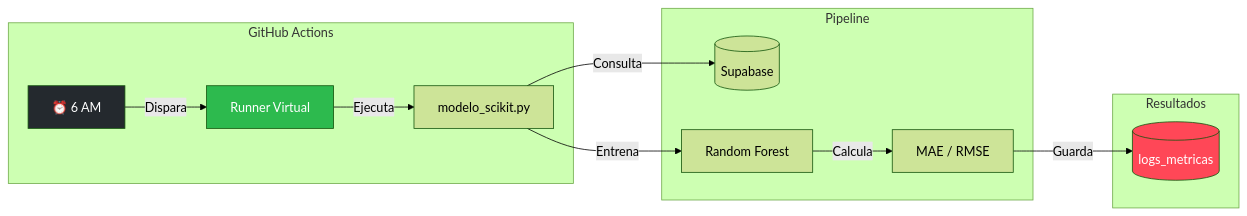
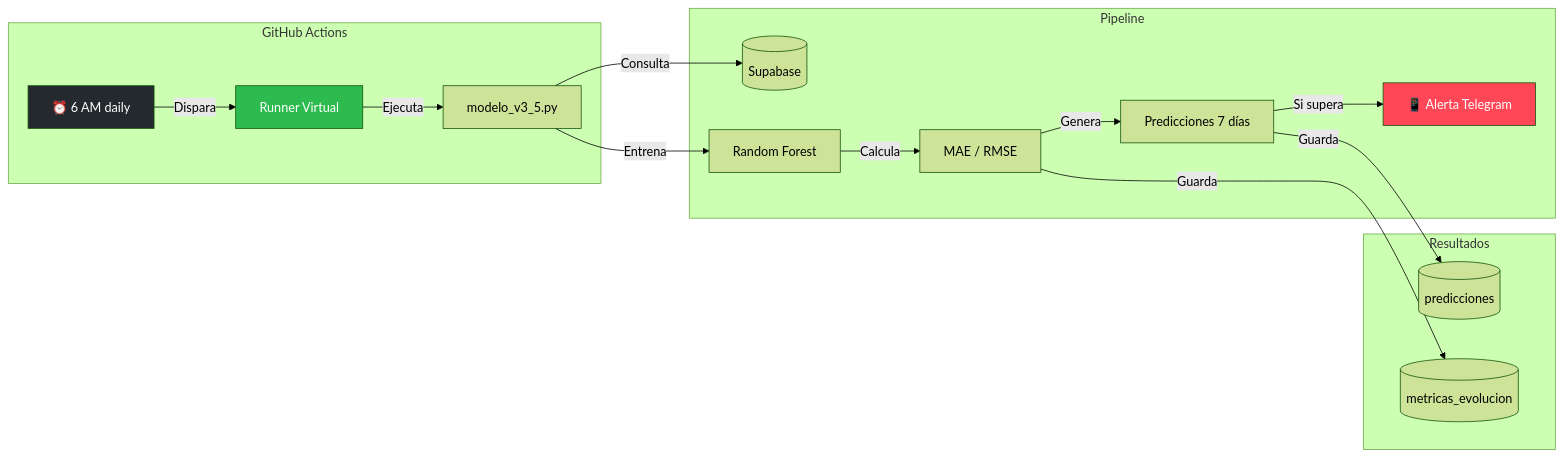
One commit to hectory2k/vigisalud changed the second of 2 diagrams in README.md. Above: the diagram before and after it, drawn with Mermaid (forest theme). The commit also changed other lines of this file, not shown here.

Commit message:
README v3.5 con métricas y tabla de predicciones

````diff
--- a/README.md
+++ b/README.md
@@ -92,21 +134,24 @@
 ```mermaid
 graph LR
     subgraph Orquestacion [GitHub Actions]
-        Cron[⏰ 6 AM] -->|Dispara| Runner[Runner Virtual]
-        Runner -->|Ejecuta| Script[modelo_scikit.py]
+        Cron[⏰ 6 AM daily] -->|Dispara| Runner[Runner Virtual]
+        Runner -->|Ejecuta| Script[modelo_v3_5.py]
     end
 
     subgraph Pipeline
         Script -->|Consulta| DB[(Supabase)]
         Script -->|Entrena| RF[Random Forest]
         RF -->|Calcula| Eval[MAE / RMSE]
+        Eval -->|Genera| PRED[Predicciones 7 días]
+        PRED -->|Si supera| ALERT[📱 Alerta Telegram]
     end
 
     subgraph Resultados
-        Eval -->|Guarda| Log[(logs_metricas)]
+        PRED -->|Guarda| LOG[(predicciones)]
+        Eval -->|Guarda| MET[(metricas_evolucion)]
     end
 
     style Cron fill:#24292e,color:#fff
     style Runner fill:#2dba4e,color:#fff
-    style Log fill:#ff4757,color:#fff
+    style ALERT fill:#ff4757,color:#fff
 ```
````
